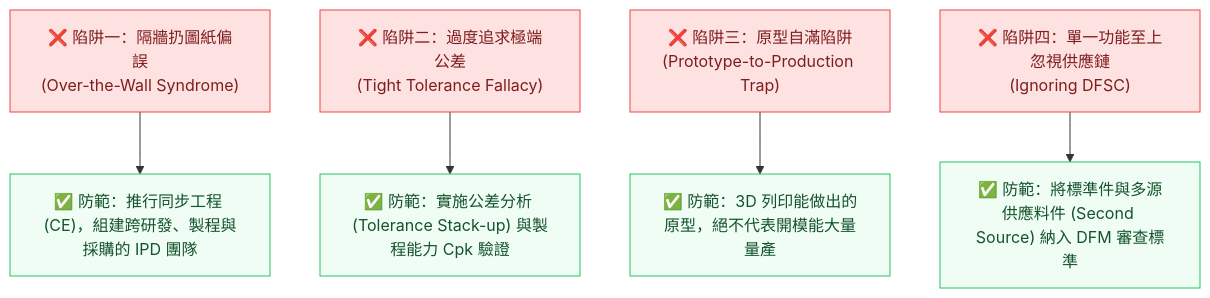
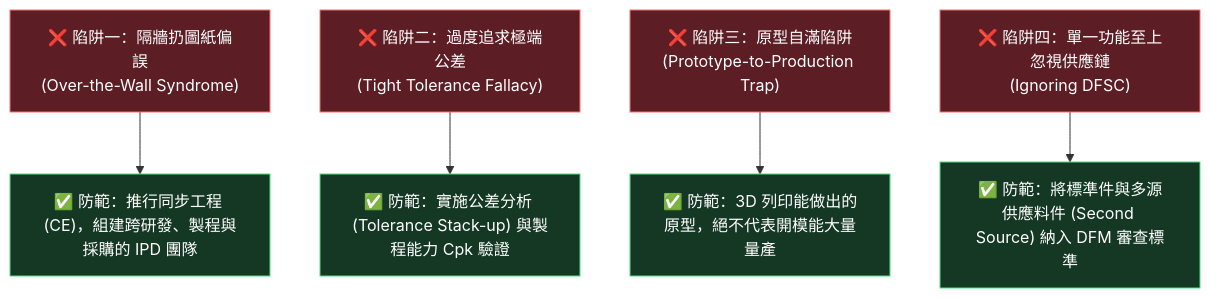
The fourth of 4 diagrams in src/site/notes/98_商業概念庫/dfm-design-for-manufacturability_可製造性設計.md (Jimlin0428/my-digital-garden), drawn with Mermaid before and after one commit. The commit also changed other lines of this file and 58 other files, not shown here.

````diff
--- a/src/site/notes/98_商業概念庫/dfm-design-for-manufacturability_可製造性設計.md
+++ b/src/site/notes/98_商業概念庫/dfm-design-for-manufacturability_可製造性設計.md
@@ -194,16 +194,16 @@
 ```mermaid
 flowchart TD
     Trap1["❌ 陷阱一：隔牆扔圖紙偏誤<br>(Over-the-Wall Syndrome)"] --> Fix1["✅ 防範：推行同步工程 (CE)，組建跨研發、製程與採購的 IPD 團隊"]
     Trap2["❌ 陷阱二：過度追求極端公差<br>(Tight Tolerance Fallacy)"] --> Fix2["✅ 防範：實施公差分析 (Tolerance Stack-up) 與製程能力 Cpk 驗證"]
     Trap3["❌ 陷阱三：原型自滿陷阱<br>(Prototype-to-Production Trap)"] --> Fix3["✅ 防範：3D 列印能做出的原型，絕不代表開模能大量量產"]
     Trap4["❌ 陷阱四：單一功能至上忽視供應鏈<br>(Ignoring DFSC)"] --> Fix4["✅ 防範：將標準件與多源供應料件 (Second Source) 納入 DFM 審查標準"]
 
-    style Trap1 fill:#fee2e2,stroke:#ef4444,stroke-width:1px,color:#7f1d1d
-    style Trap2 fill:#fee2e2,stroke:#ef4444,stroke-width:1px,color:#7f1d1d
-    style Trap3 fill:#fee2e2,stroke:#ef4444,stroke-width:1px,color:#7f1d1d
-    style Trap4 fill:#fee2e2,stroke:#ef4444,stroke-width:1px,color:#7f1d1d
-    style Fix1 fill:#f0fdf4,stroke:#22c55e,stroke-width:1px,color:#14532d
-    style Fix2 fill:#f0fdf4,stroke:#22c55e,stroke-width:1px,color:#14532d
-    style Fix3 fill:#f0fdf4,stroke:#22c55e,stroke-width:1px,color:#14532d
-    style Fix4 fill:#f0fdf4,stroke:#22c55e,stroke-width:1px,color:#14532d
+    style Trap1 fill:#5c1d24,stroke:#f87171,stroke-width:1px,color:#ffffff
+    style Trap2 fill:#5c1d24,stroke:#f87171,stroke-width:1px,color:#ffffff
+    style Trap3 fill:#5c1d24,stroke:#f87171,stroke-width:1px,color:#ffffff
+    style Trap4 fill:#5c1d24,stroke:#f87171,stroke-width:1px,color:#ffffff
+    style Fix1 fill:#143823,stroke:#4ade80,stroke-width:1px,color:#ffffff
+    style Fix2 fill:#143823,stroke:#4ade80,stroke-width:1px,color:#ffffff
+    style Fix3 fill:#143823,stroke:#4ade80,stroke-width:1px,color:#ffffff
+    style Fix4 fill:#143823,stroke:#4ade80,stroke-width:1px,color:#ffffff
 ```
````
